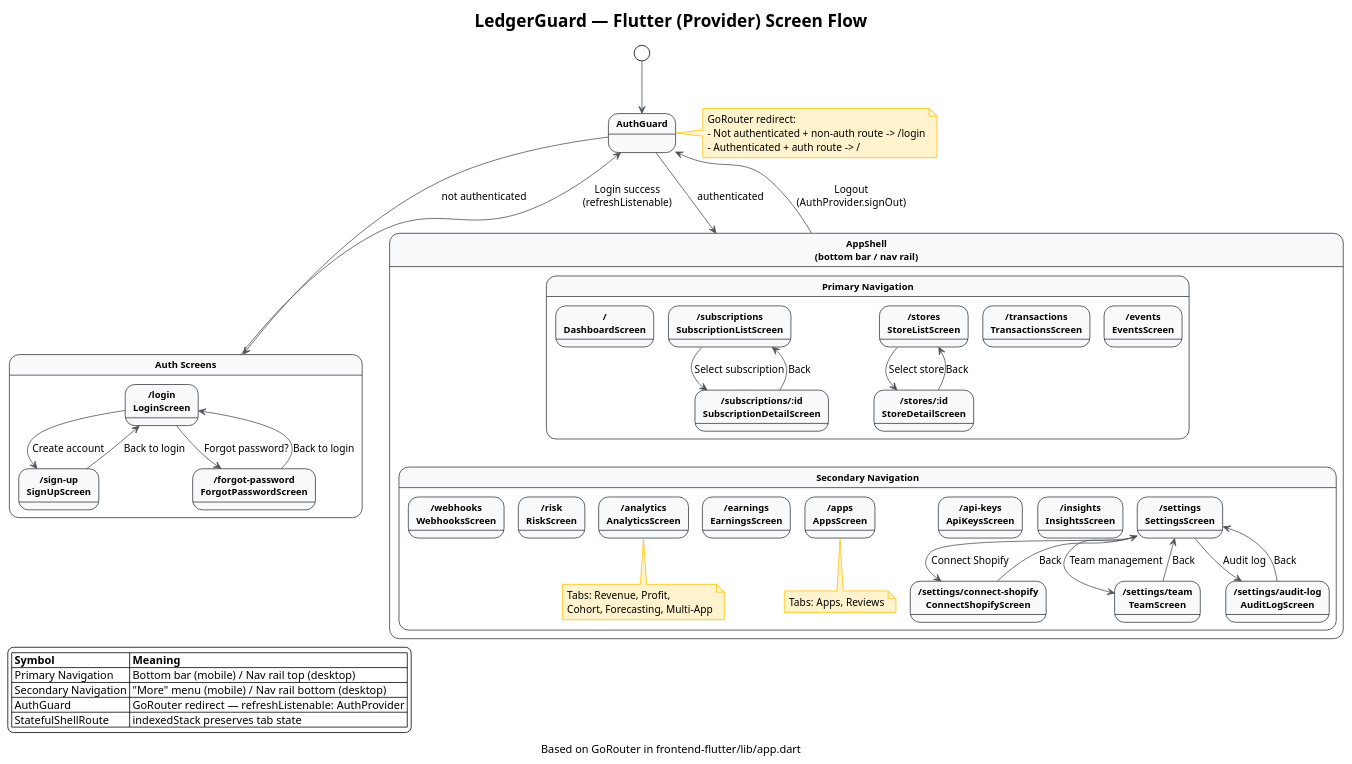
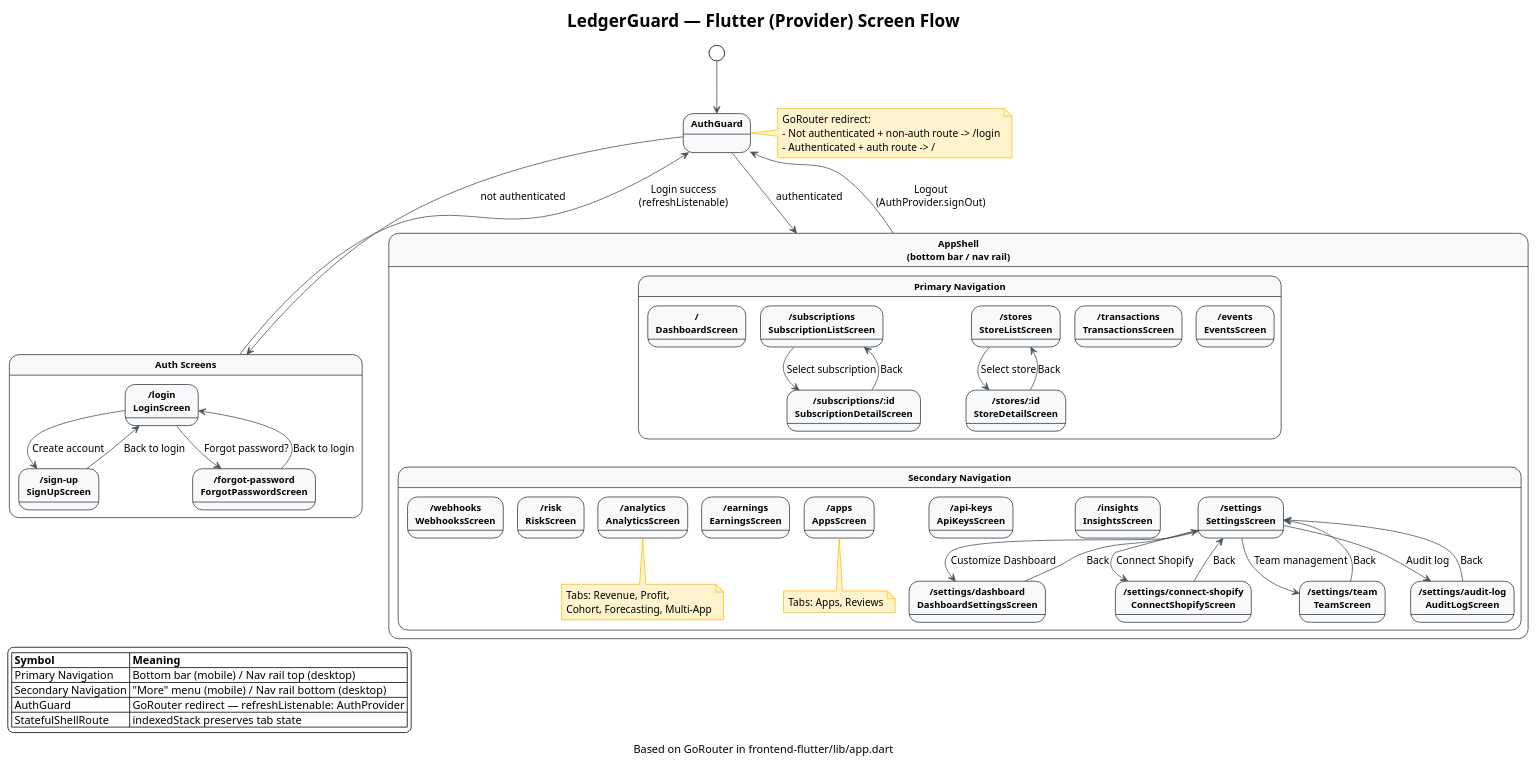
One commit to sachin-sivadasan/ledgerguard changed the diagram in frontend-flutter/docs/SCREENS.puml. Above: the diagram before and after it, drawn with PlantUML. The commit also changed 6 other files, not shown here.

Commit message:
feat: move dashboard customization to settings sub-page

```diff
--- a/frontend-flutter/docs/SCREENS.puml
+++ b/frontend-flutter/docs/SCREENS.puml
@@ -1,112 +1,115 @@
 @startuml LedgerGuard Flutter Screen Flow
 !theme plain
 title LedgerGuard — Flutter (Provider) Screen Flow
 caption Based on GoRouter in frontend-flutter/lib/app.dart
 
 skinparam StateFontSize 12
 skinparam StateFontStyle bold
 skinparam StateBackgroundColor #F8F9FA
 skinparam StateBorderColor #343A40
 skinparam ArrowColor #495057
 skinparam NoteBackgroundColor #FFF3CD
 skinparam NoteBorderColor #FFC107
 
 ' ─── Entry ────────────────────────────────────────────────────
 [*] --> AuthGuard
 
 ' ─── Auth Guard ───────────────────────────────────────────────
 state AuthGuard <<choice>>
 note right of AuthGuard
   GoRouter redirect:
   - Not authenticated + non-auth route -> /login
   - Authenticated + auth route -> /
 end note
 
 AuthGuard --> AuthScreens : not authenticated
 AuthGuard --> AppShell : authenticated
 
 ' ─── Auth Screens (no shell) ──────────────────────────────────
 state "Auth Screens" as AuthScreens {
   state "/login\nLoginScreen" as Login
   state "/sign-up\nSignUpScreen" as SignUp
   state "/forgot-password\nForgotPasswordScreen" as ForgotPw
 
   Login --> SignUp : Create account
   SignUp --> Login : Back to login
   Login --> ForgotPw : Forgot password?
   ForgotPw --> Login : Back to login
 }
 
 AuthScreens --> AuthGuard : Login success\n(refreshListenable)
 
 ' ─── App Shell (StatefulShellRoute.indexedStack) ──────────────
 state "AppShell\n(bottom bar / nav rail)" as AppShell {
 
   ' ── Primary Navigation ──────────────────────────────────────
   state "Primary Navigation" as PrimaryNav {
     state "/\nDashboardScreen" as Dashboard
     state "/subscriptions\nSubscriptionListScreen" as SubList
     state "/stores\nStoreListScreen" as StoreList
     state "/transactions\nTransactionsScreen" as Transactions
     state "/events\nEventsScreen" as Events
 
     ' Sub-routes
     state "/subscriptions/:id\nSubscriptionDetailScreen" as SubDetail
     state "/stores/:id\nStoreDetailScreen" as StoreDetail
 
     SubList --> SubDetail : Select subscription
     SubDetail --> SubList : Back
     StoreList --> StoreDetail : Select store
     StoreDetail --> StoreList : Back
   }
 
   ' ── Secondary Navigation ────────────────────────────────────
   state "Secondary Navigation" as SecondaryNav {
     state "/webhooks\nWebhooksScreen" as Webhooks
     state "/risk\nRiskScreen" as Risk
     state "/analytics\nAnalyticsScreen" as Analytics
     state "/earnings\nEarningsScreen" as Earnings
     state "/apps\nAppsScreen" as Apps
     state "/api-keys\nApiKeysScreen" as ApiKeys
     state "/insights\nInsightsScreen" as Insights
     state "/settings\nSettingsScreen" as Settings
 
     note bottom of Analytics
       Tabs: Revenue, Profit,
       Cohort, Forecasting, Multi-App
     end note
 
     note bottom of Apps
       Tabs: Apps, Reviews
     end note
 
     ' Settings sub-routes
+    state "/settings/dashboard\nDashboardSettingsScreen" as DashSettings
     state "/settings/connect-shopify\nConnectShopifyScreen" as ConnectShopify
     state "/settings/team\nTeamScreen" as Team
     state "/settings/audit-log\nAuditLogScreen" as AuditLog
 
+    Settings --> DashSettings : Customize Dashboard
     Settings --> ConnectShopify : Connect Shopify
     Settings --> Team : Team management
     Settings --> AuditLog : Audit log
+    DashSettings --> Settings : Back
     ConnectShopify --> Settings : Back
     Team --> Settings : Back
     AuditLog --> Settings : Back
   }
 
   ' ── Navigation between sections ─────────────────────────────
   PrimaryNav -[hidden]-> SecondaryNav
 }
 
 ' ─── Logout ───────────────────────────────────────────────────
 AppShell --> AuthGuard : Logout\n(AuthProvider.signOut)
 
 ' ─── Legend ───────────────────────────────────────────────────
 legend bottom left
   |= Symbol |= Meaning |
   | Primary Navigation | Bottom bar (mobile) / Nav rail top (desktop) |
   | Secondary Navigation | "More" menu (mobile) / Nav rail bottom (desktop) |
   | AuthGuard | GoRouter redirect — refreshListenable: AuthProvider |
   | StatefulShellRoute | indexedStack preserves tab state |
 end legend
 
 @enduml
```
